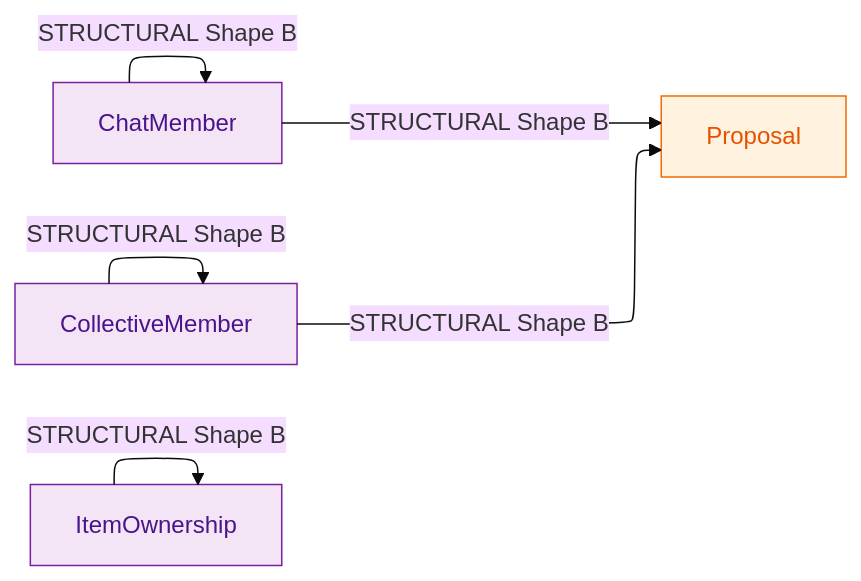
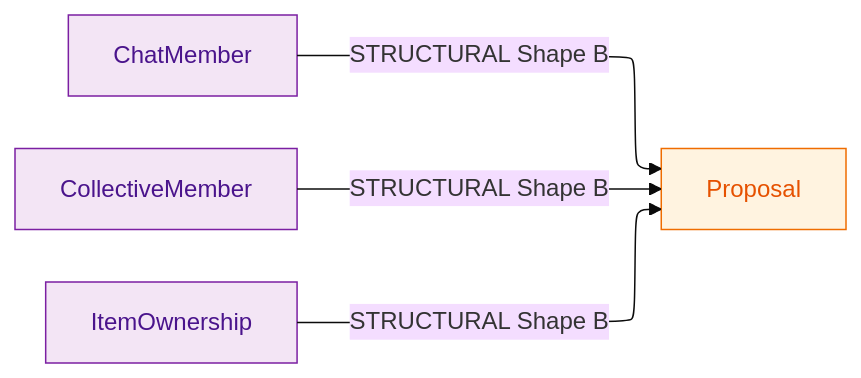
Before and after one commit to helping-kaiser/cogra: the sixth of 7 diagrams in docs/primitive/structural-edge-map.md, drawn with Mermaid (base theme). The commit also changed other lines of this file and 8 other files, not shown here.

````diff
--- a/docs/primitive/structural-edge-map.md
+++ b/docs/primitive/structural-edge-map.md
@@ -376,17 +374,15 @@
 ```mermaid
 %%{init: {"flowchart": {"defaultRenderer": "elk"}} }%%
 flowchart LR
     ChatMember[ChatMember]:::junction
     CollectiveMember[CollectiveMember]:::junction
     ItemOwnership[ItemOwnership]:::junction
     Proposal[Proposal]:::content
 
-    ChatMember -->|STRUCTURAL Shape B| ChatMember
     ChatMember -->|STRUCTURAL Shape B| Proposal
-    CollectiveMember -->|STRUCTURAL Shape B| CollectiveMember
     CollectiveMember -->|STRUCTURAL Shape B| Proposal
-    ItemOwnership -->|STRUCTURAL Shape B| ItemOwnership
+    ItemOwnership -->|STRUCTURAL Shape B| Proposal
 
     classDef content  fill:#fff3e0,stroke:#ef6c00,color:#e65100;
     classDef junction fill:#f3e5f5,stroke:#7b1fa2,color:#4a148c;
 ```
````
